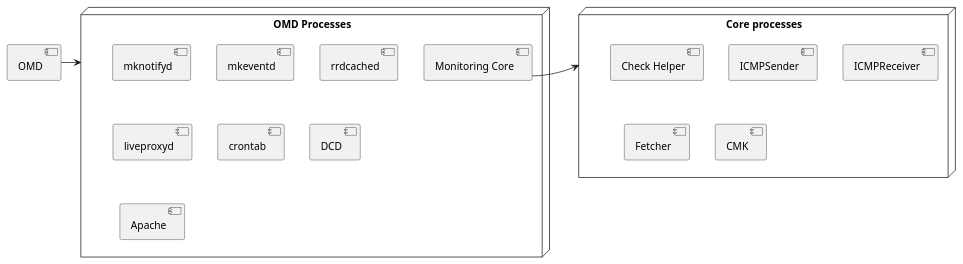
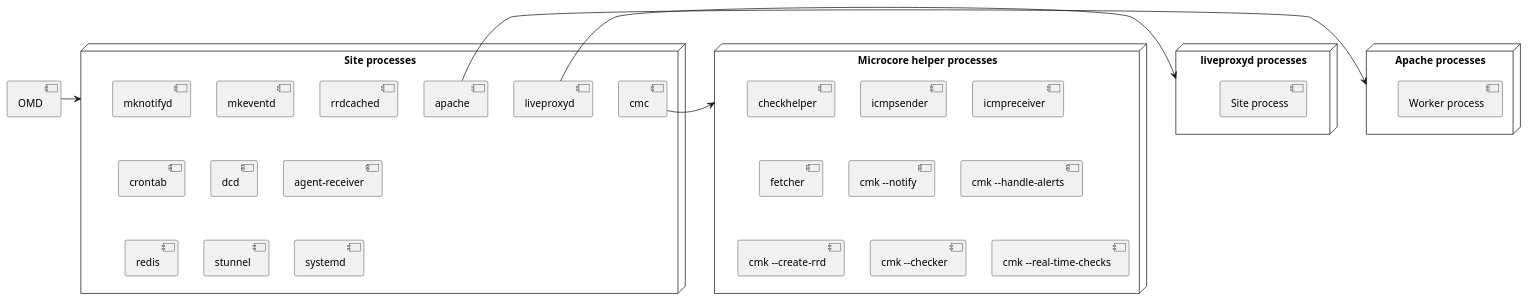
Before and after one commit to Checkmk/checkmk: the diagram in doc/documentation/arch-comp-omd.rst, drawn with PlantUML. The commit also changed other lines of this file and 2 other files, not shown here.

Commit message:
Extend OMD article

```diff
--- a/doc/documentation/arch-comp-omd.rst
+++ b/doc/documentation/arch-comp-omd.rst
@@ -21,22 +92,38 @@
 .. uml::
 
    [OMD]
-   node "OMD Processes" as omd_p {
+   node "Site processes" as omd_p {
       [mknotifyd]
       [mkeventd]
       [rrdcached]
       [liveproxyd]
       [crontab]
-      [DCD]
-      [Apache]
-      [Monitoring Core] as core
+      [dcd]
+      [apache]
+      [agent-receiver]
+      [redis]
+      [stunnel]
+      [systemd]
+      [cmc]
    }
-   node "Core processes" as core_p {
-      [Check Helper] as checker
-      [ICMPSender]
-      [ICMPReceiver]
-      [Fetcher]
-      [CMK]
+   node "Microcore helper processes" as cmc_p {
+      [checkhelper] as checker
+      [icmpsender]
+      [icmpreceiver]
+      [fetcher]
+      [cmk --notify]
+      [cmk --handle-alerts]
+      [cmk --create-rrd]
+      [cmk --checker]
+      [cmk --real-time-checks]
+   }
+   node "liveproxyd processes" as liveproxyd_p {
+      [Site process]
+   }
+   node "Apache processes" as apache_p {
+      [Worker process]
    }
    OMD -> omd_p
-   core -> core_p
+   cmc -> cmc_p
+   liveproxyd -> liveproxyd_p
+   apache -> apache_p
```
